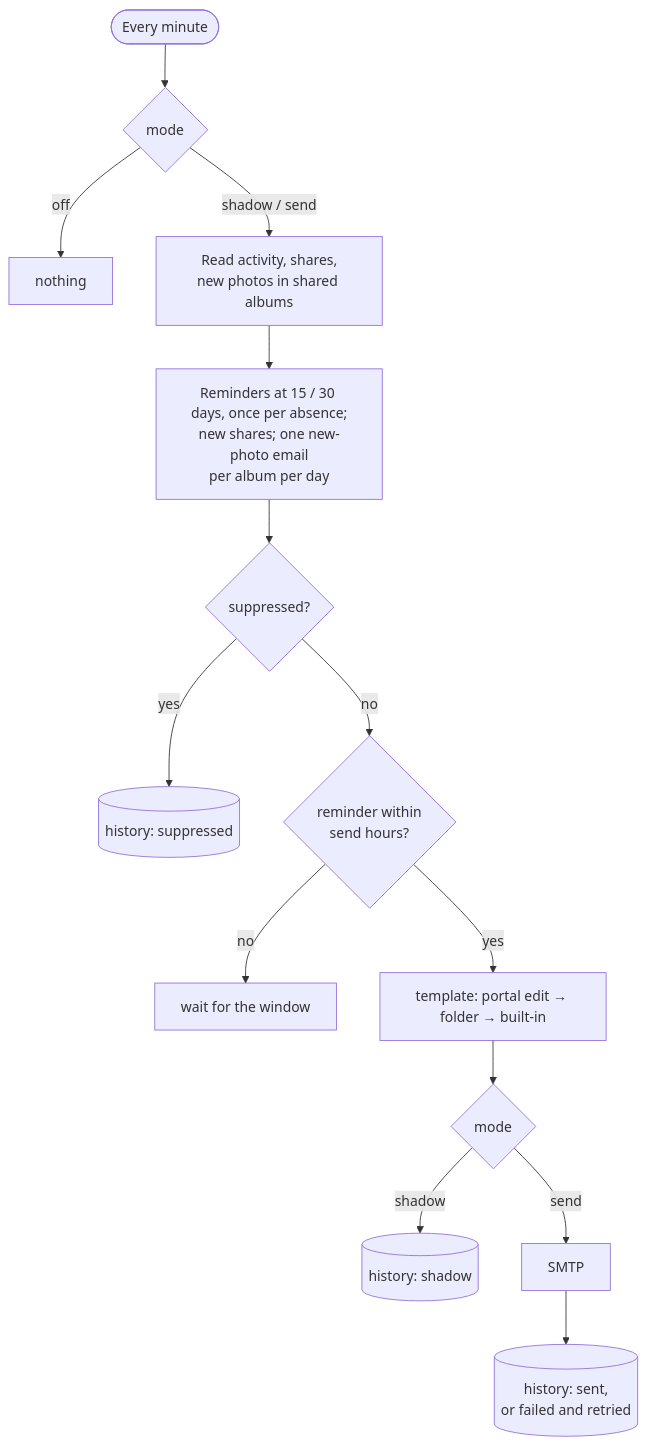
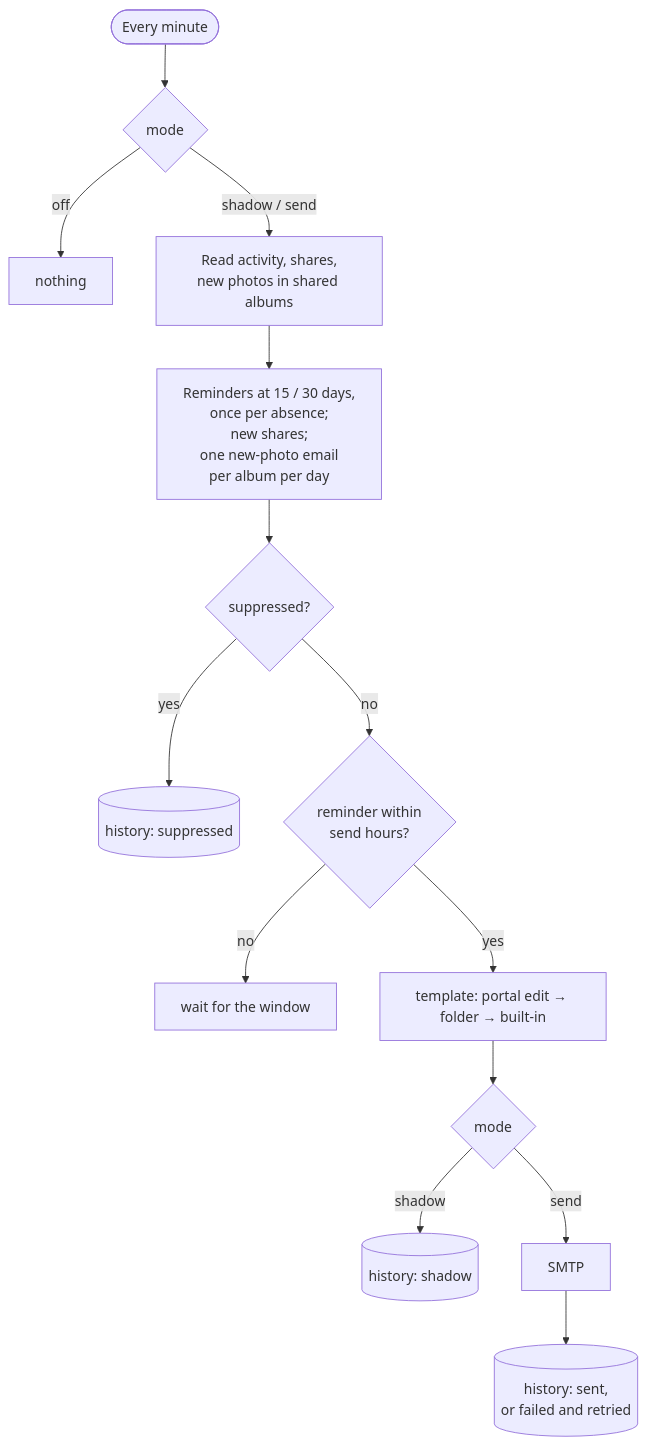
Before and after one commit to mipapi1/ente-admin: the diagram in docs/diagrams/src/notifications.mmd, drawn with Mermaid. The commit also changed 10 other files, not shown here.

Commit message:
cleaning up diagrams

```diff
--- a/docs/diagrams/src/notifications.mmd
+++ b/docs/diagrams/src/notifications.mmd
@@ -1,19 +1,19 @@
 flowchart TD
   tick([Every minute]) --> mode{mode}
   mode -->|off| stop[nothing]
   mode -->|shadow / send| read[Read activity, shares,<br/>new photos in shared albums]
-  read --> rules[Reminders at 15 / 30 days, once per absence;<br/>new shares; one new-photo email<br/>per album per day]
+  read --> rules[Reminders at 15 / 30 days,<br/>once per absence;<br/>new shares;<br/>one new-photo email<br/>per album per day]
   rules --> sup{suppressed?}
   sup -->|yes| logS[(history: suppressed)]
   sup -->|no| win{reminder within<br/>send hours?}
   win -->|no| wait[wait for the window]
   win -->|yes| tpl[template: portal edit → folder → built-in]
   tpl --> how{mode}
   how -->|shadow| logH[(history: shadow)]
   how -->|send| smtp[SMTP] --> logR[(history: sent,<br/>or failed and retried)]
 
   class tick,stop,wait muted
   class mode,sup,win,how gate
   class read,rules,tpl app
   class smtp mail
   class logS,logH,logR log
```
